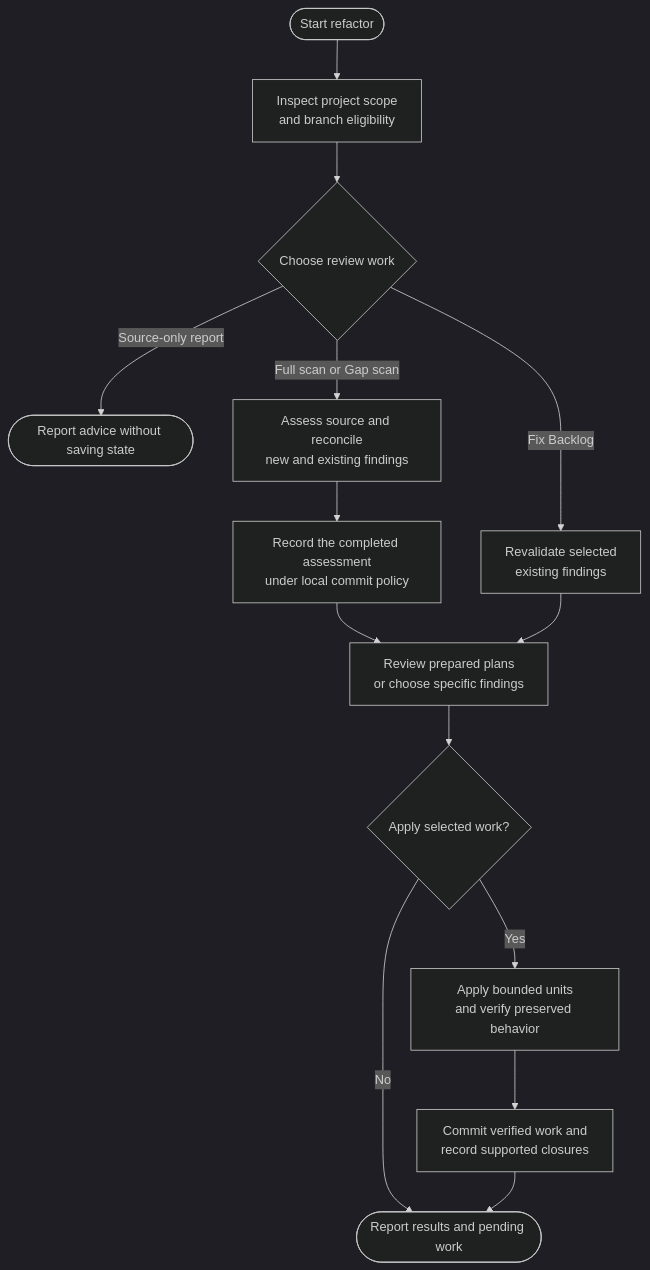
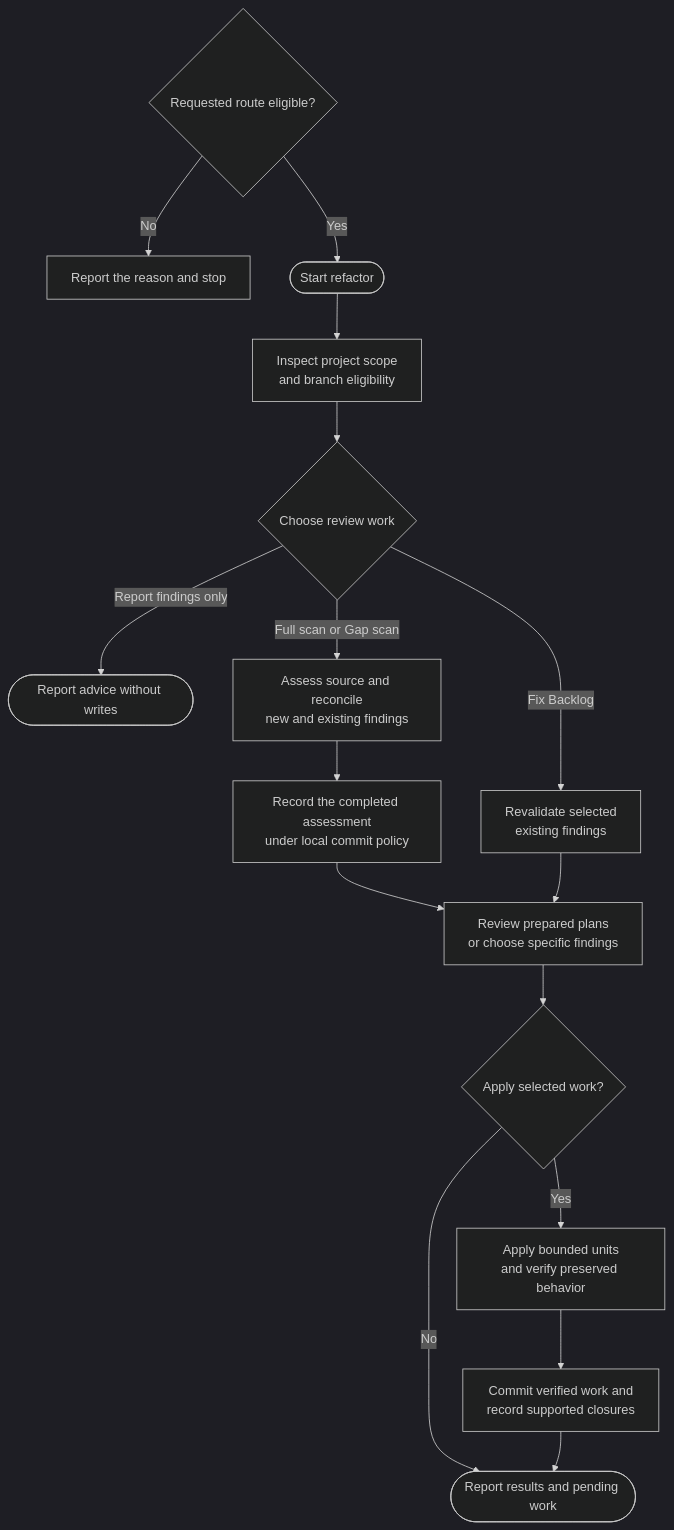
One commit to myowinthein/agent-helm changed the diagram in docs/commands/refactor/detailed.md. Above: the diagram before and after it, drawn with Mermaid (dark theme). The commit also changed other lines of this file and 45 other files, not shown here.

````diff
--- a/docs/commands/refactor/detailed.md
+++ b/docs/commands/refactor/detailed.md
@@ -22,16 +22,18 @@
 ```mermaid
 flowchart TD
+  Entry{"Requested route eligible?"} -->|No| Blocked["Report the reason and stop"]
+  Entry -->|Yes| Start
   Start(["Start refactor"]) --> Preview["Inspect project scope<br/>and branch eligibility"]
   Preview --> Route{"Choose review work"}
-  Route -->|Source-only report| Advisory(["Report advice without saving state"])
+  Route -->|Report findings only| Advisory(["Report advice without writes"])
   Route -->|Full scan or Gap scan| Scan["Assess source and reconcile<br/>new and existing findings"]
   Route -->|Fix Backlog| Backlog["Revalidate selected<br/>existing findings"]
   Scan --> Assess["Record the completed assessment<br/>under local commit policy"]
   Assess --> Plan["Review prepared plans<br/>or choose specific findings"]
   Backlog --> Plan
   Plan --> Choice{"Apply selected work?"}
   Choice -->|No| Finish(["Report results and pending work"])
   Choice -->|Yes| Work["Apply bounded units<br/>and verify preserved behavior"]
   Work --> Record["Commit verified work and<br/>record supported closures"]
   Record --> Finish
 ```
````
